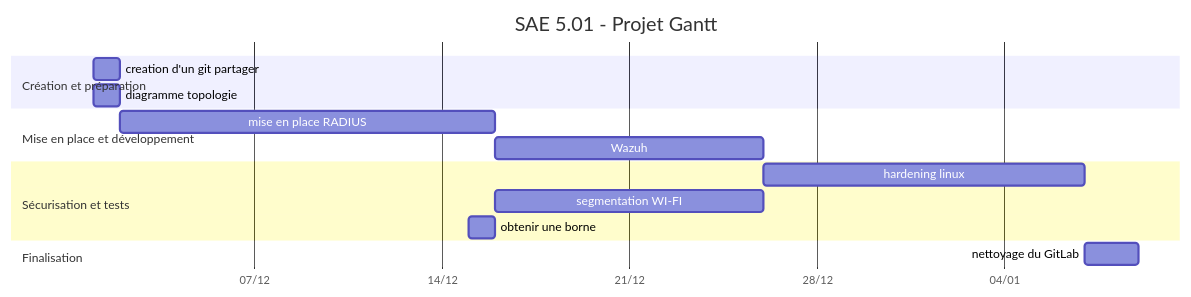
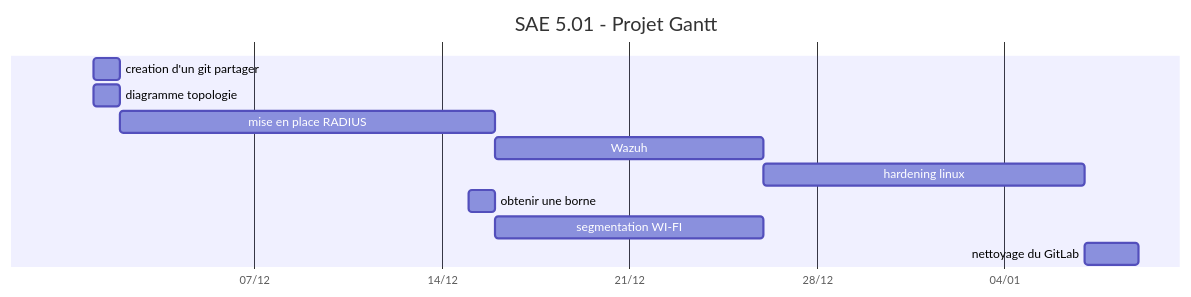
One commit to pinsourir/bazar changed the diagram in ```mermaid gantt     title SAE 5.01 - Projet Gantt     dateFormat  YYYY-MM-DD     axisFormat  %d/les_petits_poissons.md. Above: the diagram before and after it, drawn with Mermaid.

````diff
--- a/```mermaid gantt     title SAE 5.01 - Projet Gantt     dateFormat  YYYY-MM-DD     axisFormat  %d/les_petits_poissons.md
+++ b/```mermaid gantt     title SAE 5.01 - Projet Gantt     dateFormat  YYYY-MM-DD     axisFormat  %d/les_petits_poissons.md
@@ -1,22 +1,16 @@
 ```mermaid
 gantt
     title SAE 5.01 - Projet Gantt
     dateFormat  YYYY-MM-DD
     axisFormat  %d/%m
 
-    section Création et préparation
     creation d'un git partager    :s0, 2025-12-01, 1d
     diagramme topologie           :s1, 2025-12-01, 1d
-
-    section Mise en place et développement
     mise en place RADIUS          :s2, 2025-12-02, 14d
     Wazuh                         :s3, 2025-12-16, 10d
+    hardening linux               :s4, 2025-12-26, 12d
+    obtenir une borne             :s5, 2025-12-15, 1d
+    segmentation WI-FI            :s6, 2025-12-16, 10d
+    nettoyage du GitLab           :s7, 2026-01-07, 2d
 
-    section Sécurisation et tests
-    hardening linux               :s4, 2025-12-26, 12d
-    segmentation WI-FI            :s5, 2025-12-16, 10d
-    obtenir une borne             :s6, 2025-12-15, 1d
-
-    section Finalisation
-    nettoyage du GitLab           :s7, 2026-01-07, 2d
 ```
````
